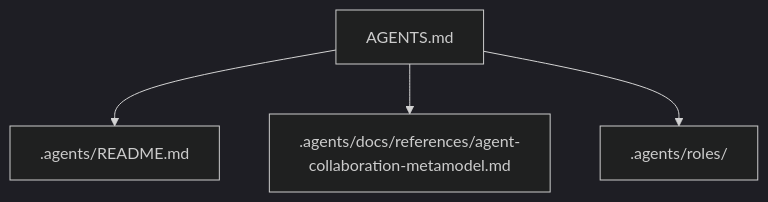
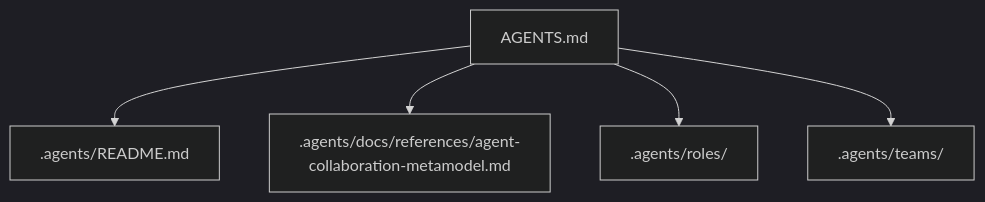
The third of 4 diagrams in AGENTS.md (xinetzone/tao), drawn with Mermaid (dark theme) before and after one commit. The commit also changed other lines of this file and 7 other files, not shown here.

````diff
--- a/AGENTS.md
+++ b/AGENTS.md
@@ -43,6 +43,7 @@
 ```mermaid
 flowchart TD
     A["AGENTS.md"] --> B[".agents/README.md"]
     A --> C[".agents/docs/references/agent-collaboration-metamodel.md"]
     A --> D[".agents/roles/"]
+    A --> E[".agents/teams/"]
 ```
````
